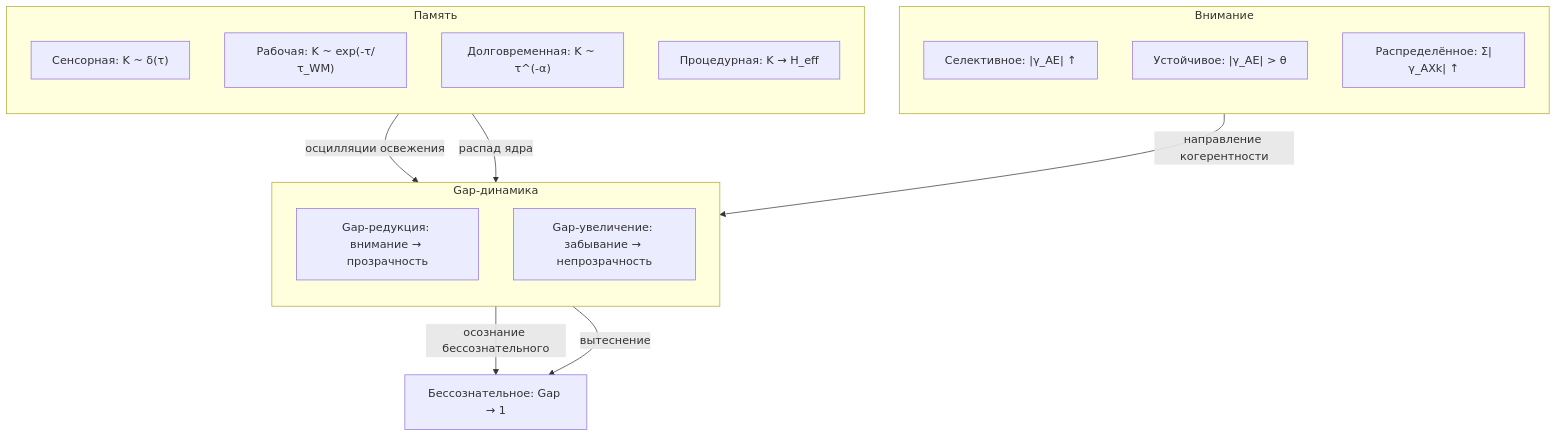
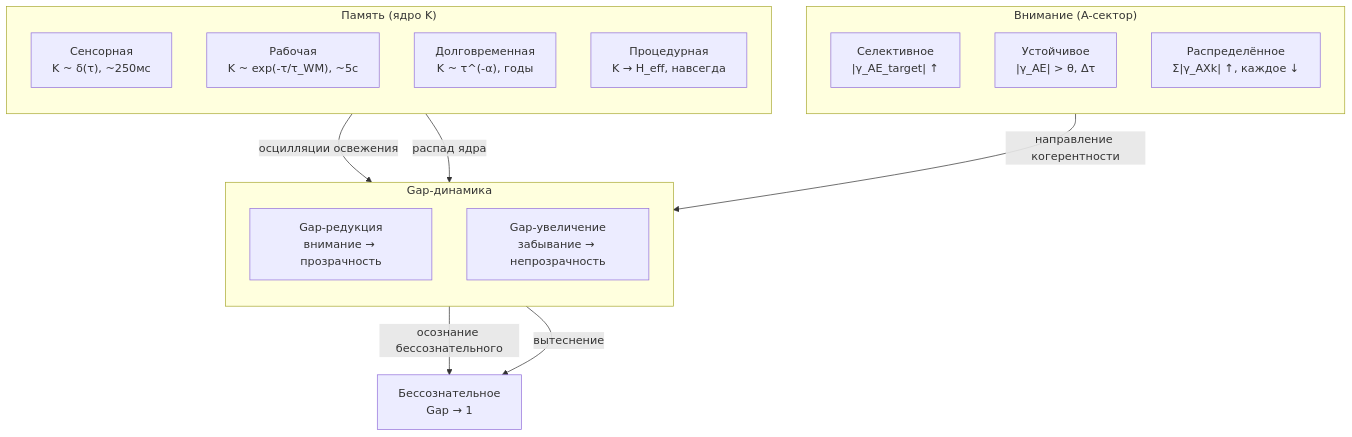
One commit to uhm-theory/holon changed the first of 2 diagrams in website/docs/consciousness/states/attention-memory.md. Above: the diagram before and after it, drawn with Mermaid. The commit also changed other lines of this file and 117 other files, not shown here.

````diff
--- a/website/docs/consciousness/states/attention-memory.md
+++ b/website/docs/consciousness/states/attention-memory.md
@@ -225,27 +461,27 @@
 ```mermaid
 graph TD
-    subgraph ATT["Внимание"]
+    subgraph ATT["Внимание (A-сектор)"]
         direction TB
-        SEL["Селективное: |γ_AE| ↑"]
-        SUS["Устойчивое: |γ_AE| > θ"]
-        DIV["Распределённое: Σ|γ_AXk| ↑"]
+        SEL["Селективное<br/>|γ_AE_target| ↑"]
+        SUS["Устойчивое<br/>|γ_AE| > θ, Δτ"]
+        DIV["Распределённое<br/>Σ|γ_AXk| ↑, каждое ↓"]
     end
-    subgraph MEM["Память"]
+    subgraph MEM["Память (ядро K)"]
         direction TB
-        SENS["Сенсорная: K ~ δ(τ)"]
-        WM["Рабочая: K ~ exp(-τ/τ_WM)"]
-        LTM["Долговременная: K ~ τ^(-α)"]
-        PROC["Процедурная: K → H_eff"]
+        SENS["Сенсорная<br/>K ~ δ(τ), ~250мс"]
+        WM["Рабочая<br/>K ~ exp(-τ/τ_WM), ~5с"]
+        LTM["Долговременная<br/>K ~ τ^(-α), годы"]
+        PROC["Процедурная<br/>K → H_eff, навсегда"]
     end
     subgraph GAP["Gap-динамика"]
         direction TB
-        RED["Gap-редукция: внимание → прозрачность"]
-        INC["Gap-увеличение: забывание → непрозрачность"]
+        RED["Gap-редукция<br/>внимание → прозрачность"]
+        INC["Gap-увеличение<br/>забывание → непрозрачность"]
     end
 
     SEL --> |"направление когерентности"| RED
     WM --> |"осцилляции освежения"| RED
     LTM --> |"распад ядра"| INC
-    RED --> |"осознание бессознательного"| UNC["Бессознательное: Gap → 1"]
+    RED --> |"осознание бессознательного"| UNC["Бессознательное<br/>Gap → 1"]
     INC --> |"вытеснение"| UNC
 ```
````
